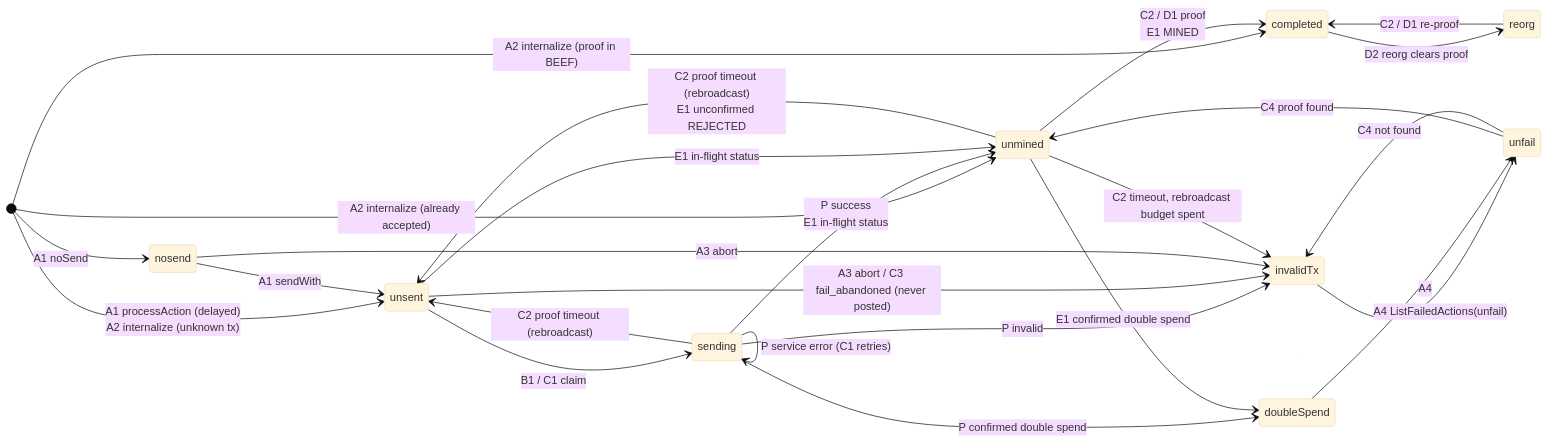
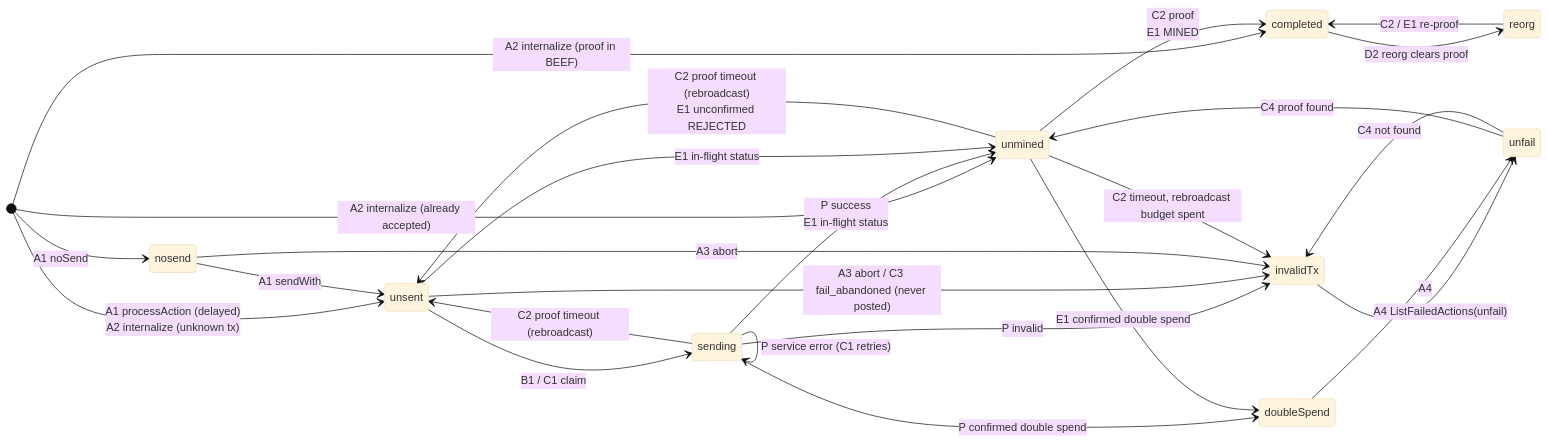
The first of 10 diagrams in docs/tx-lifecycle.md (bsv-blockchain/go-wallet-toolbox), drawn with Mermaid (base theme) before and after one commit. The commit also changed other lines of this file and 17 other files, not shown here.

````diff
--- a/docs/tx-lifecycle.md
+++ b/docs/tx-lifecycle.md
@@ -40,32 +40,32 @@
 ```mermaid
 stateDiagram-v2
     direction LR
     [*] --> unsent: A1 processAction (delayed)<br/>A2 internalize (unknown tx)
     [*] --> unmined: A2 internalize (already accepted)
     [*] --> completed: A2 internalize (proof in BEEF)
     [*] --> nosend: A1 noSend
     nosend --> unsent: A1 sendWith
 
     unsent --> sending: B1 / C1 claim
     sending --> unmined: P success<br/>E1 in-flight status
     unsent --> unmined: E1 in-flight status
     sending --> sending: P service error (C1 retries)
     sending --> doubleSpend: P confirmed double spend
     sending --> invalidTx: P invalid
     unsent --> invalidTx: A3 abort / C3 fail_abandoned (never posted)
     nosend --> invalidTx: A3 abort
 
-    unmined --> completed: C2 / D1 proof<br/>E1 MINED
+    unmined --> completed: C2 proof<br/>E1 MINED
     unmined --> unsent: C2 proof timeout (rebroadcast)<br/>E1 unconfirmed REJECTED
     sending --> unsent: C2 proof timeout (rebroadcast)
     unmined --> invalidTx: C2 timeout, rebroadcast budget spent
     unmined --> doubleSpend: E1 confirmed double spend
 
     completed --> reorg: D2 reorg clears proof
-    reorg --> completed: C2 / D1 re-proof
+    reorg --> completed: C2 / E1 re-proof
 
     invalidTx --> unfail: A4 ListFailedActions(unfail)
     doubleSpend --> unfail: A4
     unfail --> unmined: C4 proof found
     unfail --> invalidTx: C4 not found
 ```
````
